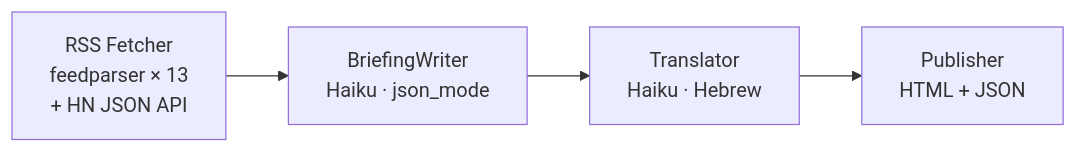
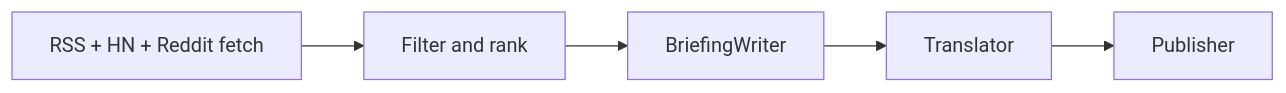
The fifth of 15 diagrams in README.md (kobyal/ai-news-briefing), drawn with Mermaid before and after one commit. The commit also changed other lines of this file, not shown here.

Commit message:
docs: rewrite README for current 11-agent architecture

````diff
--- a/README.md
+++ b/README.md
@@ -263,7 +245,7 @@
 ```mermaid
 flowchart LR
-    F["RSS Fetcher\nfeedparser × 13\n+ HN JSON API"] -->
-    BW["BriefingWriter\nHaiku · json_mode"] -->
-    TR["Translator\nHaiku · Hebrew"] -->
-    PB["Publisher\nHTML + JSON"]
+    A["RSS + HN + Reddit fetch"] --> B["Filter and rank"]
+    B --> C["BriefingWriter"]
+    C --> D["Translator"]
+    D --> E["Publisher"]
 ```
````
